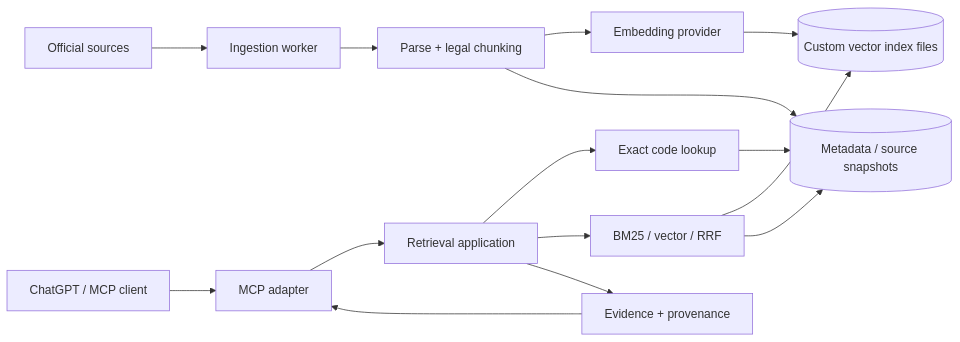
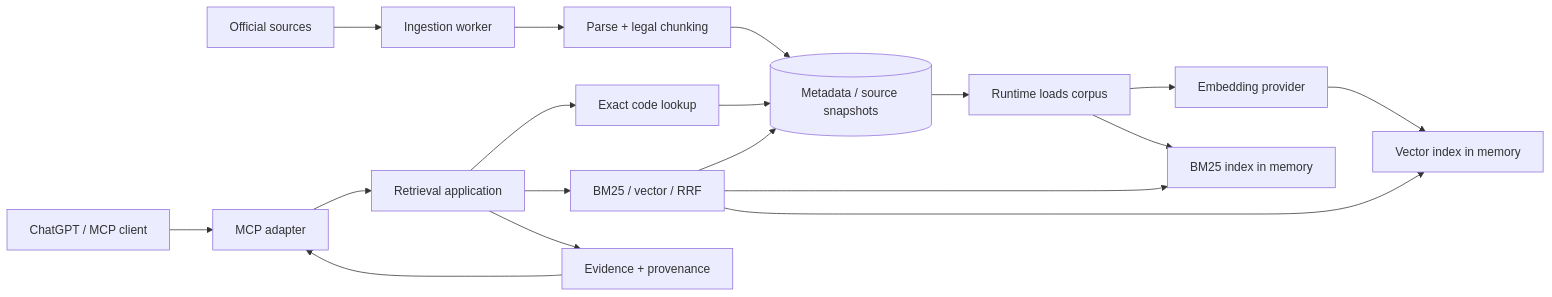
The diagram in docs/architecture.md (VZiemer/fiscal-rag-lab), drawn with Mermaid before and after one commit. The commit also changed other lines of this file and 17 other files, not shown here.

Commit message:
docs: expand project overview and C4 diagrams

````diff
--- a/docs/architecture.md
+++ b/docs/architecture.md
@@ -13,17 +15,20 @@
 ```mermaid
 flowchart LR
     S[Official sources] --> I[Ingestion worker]
     I --> P[Parse + legal chunking]
-    P --> E[Embedding provider]
     P --> M[(Metadata / source snapshots)]
-    E --> V[(Custom vector index files)]
+    M --> L[Runtime loads corpus]
+    L --> E[Embedding provider]
+    E --> V[Vector index in memory]
+    L --> BM[BM25 index in memory]
     Q[ChatGPT / MCP client] --> MCP[MCP adapter]
     MCP --> R[Retrieval application]
     R --> X[Exact code lookup]
     R --> B[BM25 / vector / RRF]
     X --> M
     B --> V
+    B --> BM
     B --> M
     R --> F[Evidence + provenance]
     F --> MCP
 ```
````
